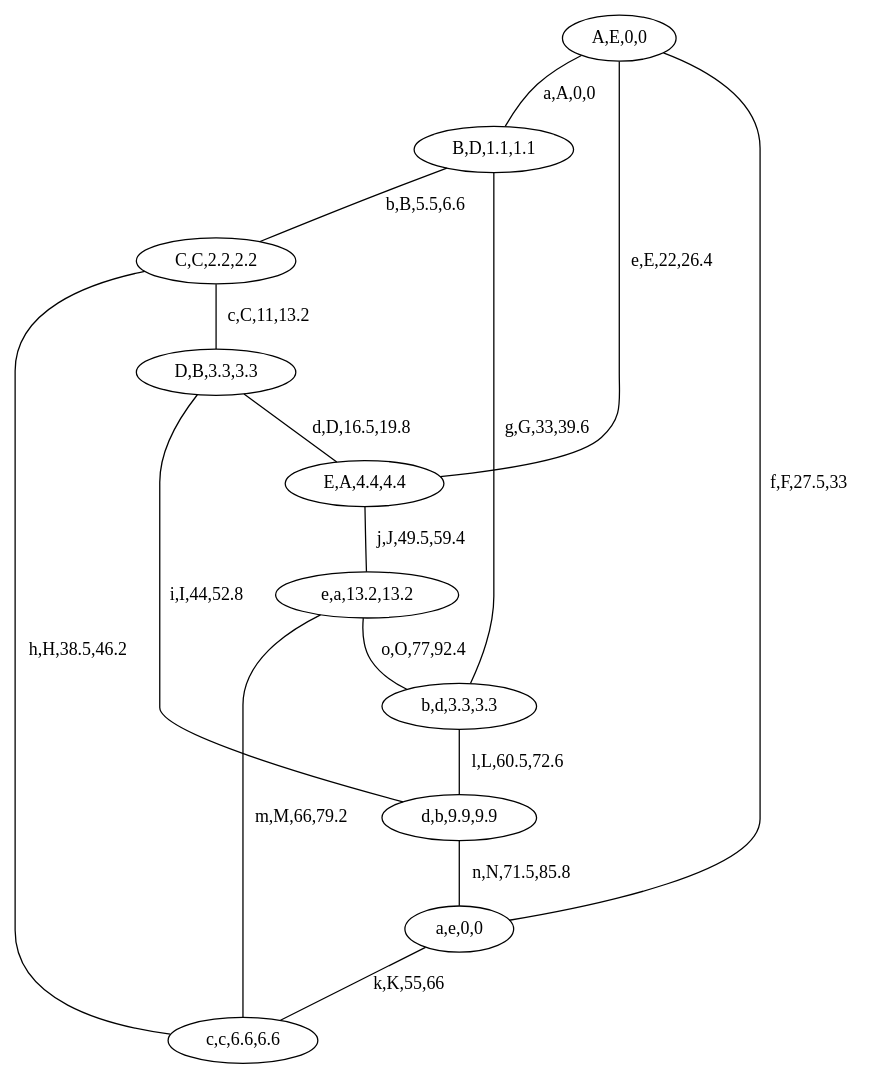
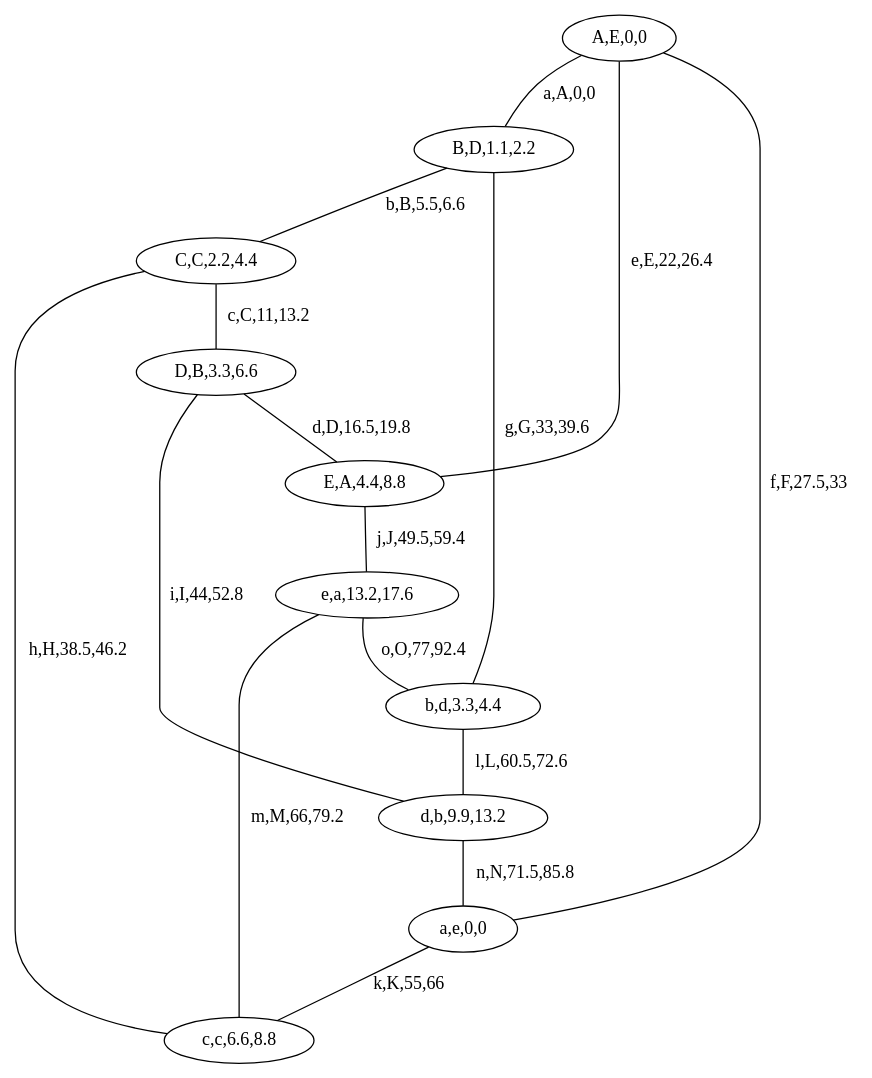
Before and after one commit to richelbilderbeek/boost_graph_cookbook_1: the diagram in BoostGraphTutorial/create_custom_and_selectable_edges_and_vertices_petersen_graph.dot, drawn with Graphviz. The commit also changed 69 other files, not shown here.

```diff
--- a/BoostGraphTutorial/create_custom_and_selectable_edges_and_vertices_petersen_graph.dot
+++ b/BoostGraphTutorial/create_custom_and_selectable_edges_and_vertices_petersen_graph.dot
@@ -1,27 +1,27 @@
 graph G {
 0[label="A,E,0,0", regular="0"];
-1[label="B,D,1.1,1.1", regular="0"];
-2[label="C,C,2.2,2.2", regular="0"];
-3[label="D,B,3.3,3.3", regular="0"];
-4[label="E,A,4.4,4.4", regular="0"];
+1[label="B,D,1.1,2.2", regular="0"];
+2[label="C,C,2.2,4.4", regular="0"];
+3[label="D,B,3.3,6.6", regular="0"];
+4[label="E,A,4.4,8.8", regular="0"];
 5[label="a,e,0,0", regular="0"];
-6[label="b,d,3.3,3.3", regular="0"];
-7[label="c,c,6.6,6.6", regular="0"];
-8[label="d,b,9.9,9.9", regular="0"];
-9[label="e,a,13.2,13.2", regular="0"];
+6[label="b,d,3.3,4.4", regular="0"];
+7[label="c,c,6.6,8.8", regular="0"];
+8[label="d,b,9.9,13.2", regular="0"];
+9[label="e,a,13.2,17.6", regular="0"];
 0--1 [label="a,A,0,0", regular="0"];
 1--2 [label="b,B,5.5,6.6", regular="0"];
 2--3 [label="c,C,11,13.2", regular="0"];
 3--4 [label="d,D,16.5,19.8", regular="0"];
 4--0 [label="e,E,22,26.4", regular="0"];
 0--5 [label="f,F,27.5,33", regular="0"];
 1--6 [label="g,G,33,39.6", regular="0"];
 2--7 [label="h,H,38.5,46.2", regular="0"];
 3--8 [label="i,I,44,52.8", regular="0"];
 4--9 [label="j,J,49.5,59.4", regular="0"];
 5--7 [label="k,K,55,66", regular="0"];
 6--8 [label="l,L,60.5,72.6", regular="0"];
 7--9 [label="m,M,66,79.2", regular="0"];
 8--5 [label="n,N,71.5,85.8", regular="0"];
 9--6 [label="o,O,77,92.4", regular="0"];
 }
```
